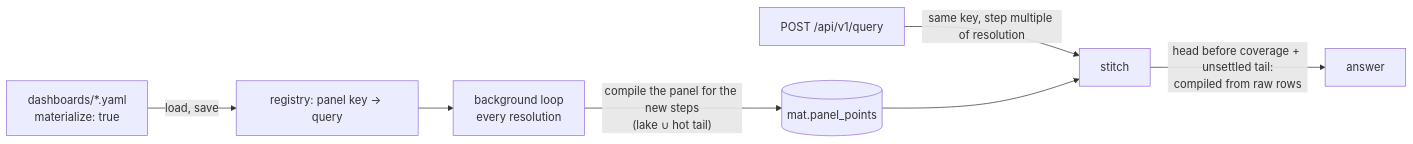
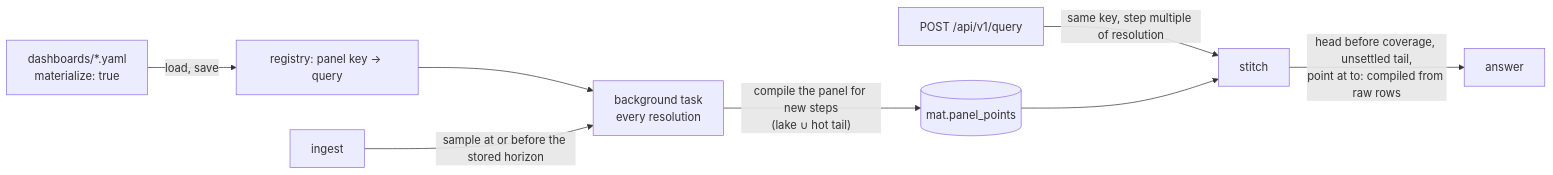
Before and after one commit to tinnguyenhuuletrong/tiny-eye: the diagram in docs/deep-dive/materialized-panels.md, drawn with Mermaid. The commit also changed other lines of this file and 18 other files, not shown here.

````diff
--- a/docs/deep-dive/materialized-panels.md
+++ b/docs/deep-dive/materialized-panels.md
@@ -29,9 +94,10 @@
 ```mermaid
 flowchart LR
-  D[dashboards/*.yaml<br/>materialize: true] -->|load, save| R[registry: panel key → query]
-  R --> M[background loop<br/>every resolution]
-  M -->|"compile the panel for the new steps<br/>(lake ∪ hot tail)"| P[(mat.panel_points)]
-  Q[POST /api/v1/query] -->|same key, step multiple of resolution| S[stitch]
+  D["dashboards/*.yaml<br/>materialize: true"] -->|load, save| R[registry: panel key → query]
+  R --> M["background task<br/>every resolution"]
+  M -->|"compile the panel for new steps<br/>(lake ∪ hot tail)"| P[(mat.panel_points)]
+  I[ingest] -->|"sample at or before the stored horizon"| M
+  Q[POST /api/v1/query] -->|"same key, step multiple of resolution"| S[stitch]
   P --> S
-  S -->|"head before coverage + unsettled tail:<br/>compiled from raw rows"| A[answer]
+  S -->|"head before coverage, unsettled tail,<br/>point at to: compiled from raw rows"| A[answer]
 ```
````
